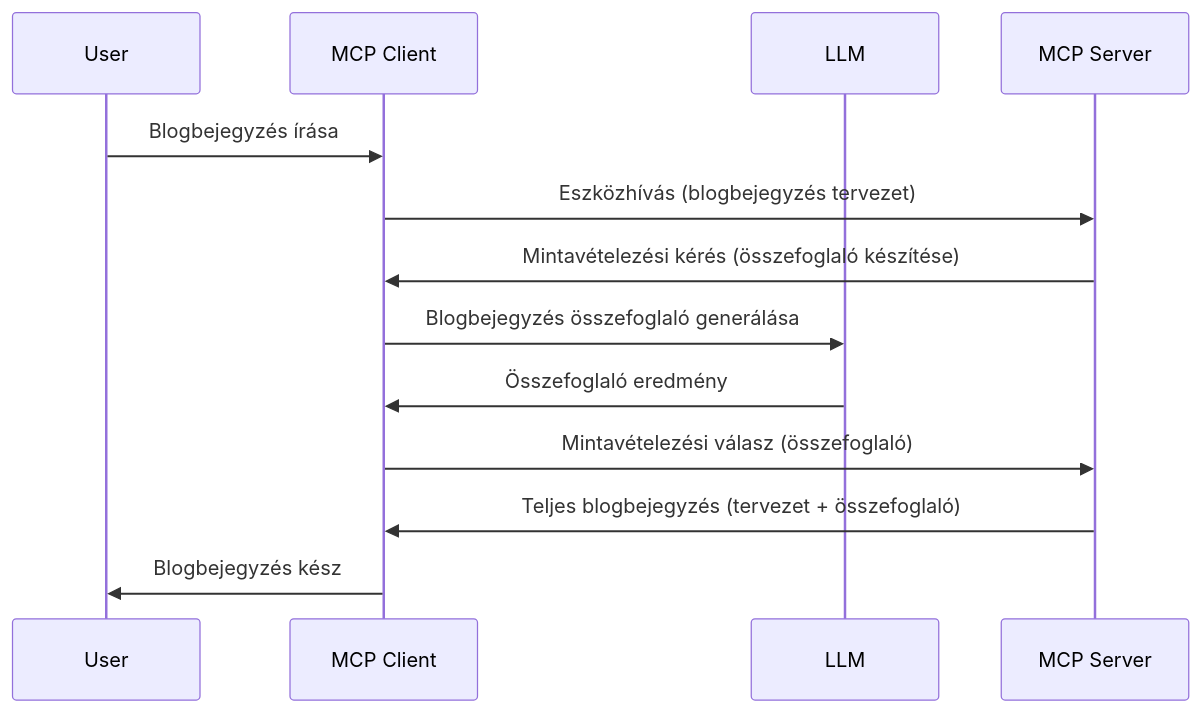
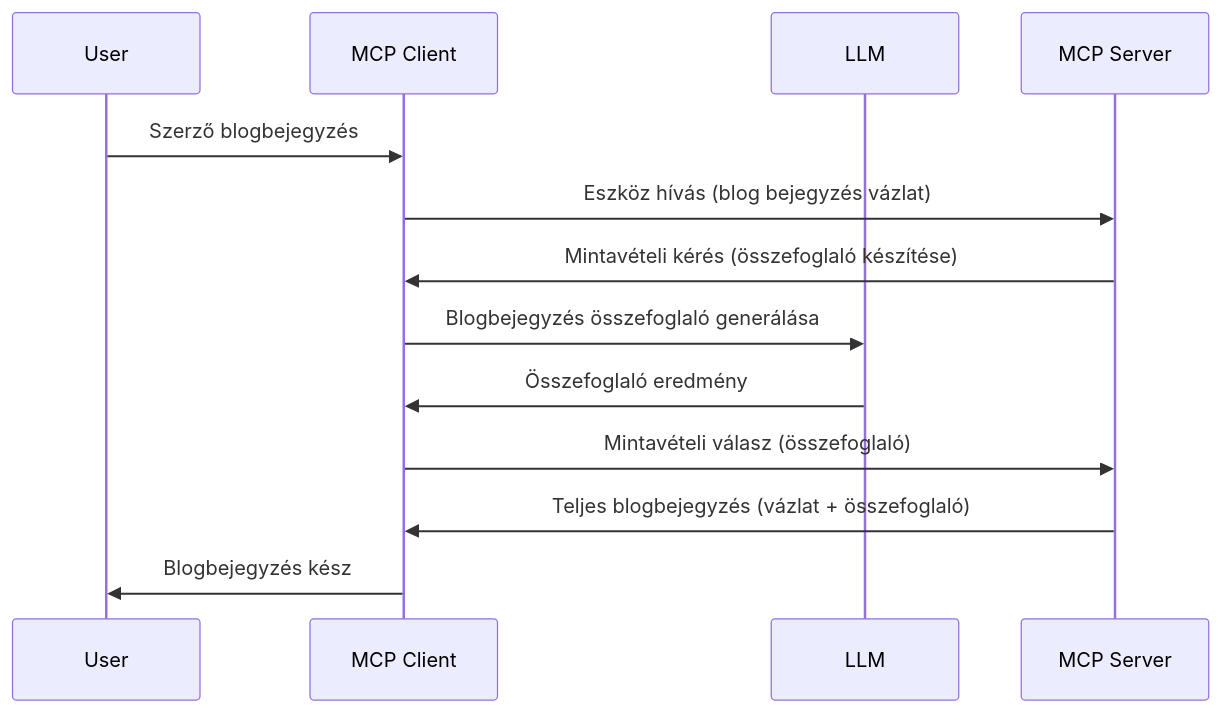
Before and after one commit to HIDORAKAI002/ai-workspace-archive: the diagram in mcp_ecosystem__model_context_protocol/mcp_learning_resources/mcp-for-beginners/translations/hu/03-GettingStarted/14-sampling/README.md, drawn with Mermaid. The commit also changed other lines of this file and 1046 other files, not shown here.

````diff
--- a/mcp_ecosystem__model_context_protocol/mcp_learning_resources/mcp-for-beginners/translations/hu/03-GettingStarted/14-sampling/README.md
+++ b/mcp_ecosystem__model_context_protocol/mcp_learning_resources/mcp-for-beginners/translations/hu/03-GettingStarted/14-sampling/README.md
@@ -23,16 +25,16 @@
 ```mermaid
 sequenceDiagram
     participant User
     participant MCP Client
     participant LLM
     participant MCP Server
 
-    User->>MCP Client: Blogbejegyzés írása
-    MCP Client->>MCP Server: Eszközhívás (blogbejegyzés tervezet)
-    MCP Server->>MCP Client: Mintavételezési kérés (összefoglaló készítése)
+    User->>MCP Client: Szerző blogbejegyzés
+    MCP Client->>MCP Server: Eszköz hívás (blog bejegyzés vázlat)
+    MCP Server->>MCP Client: Mintavételi kérés (összefoglaló készítése)
     MCP Client->>LLM: Blogbejegyzés összefoglaló generálása
     LLM->>MCP Client: Összefoglaló eredmény
-    MCP Client->>MCP Server: Mintavételezési válasz (összefoglaló)
-    MCP Server->>MCP Client: Teljes blogbejegyzés (tervezet + összefoglaló)
+    MCP Client->>MCP Server: Mintavételi válasz (összefoglaló)
+    MCP Server->>MCP Client: Teljes blogbejegyzés (vázlat + összefoglaló)
     MCP Client->>User: Blogbejegyzés kész
 ```
````
